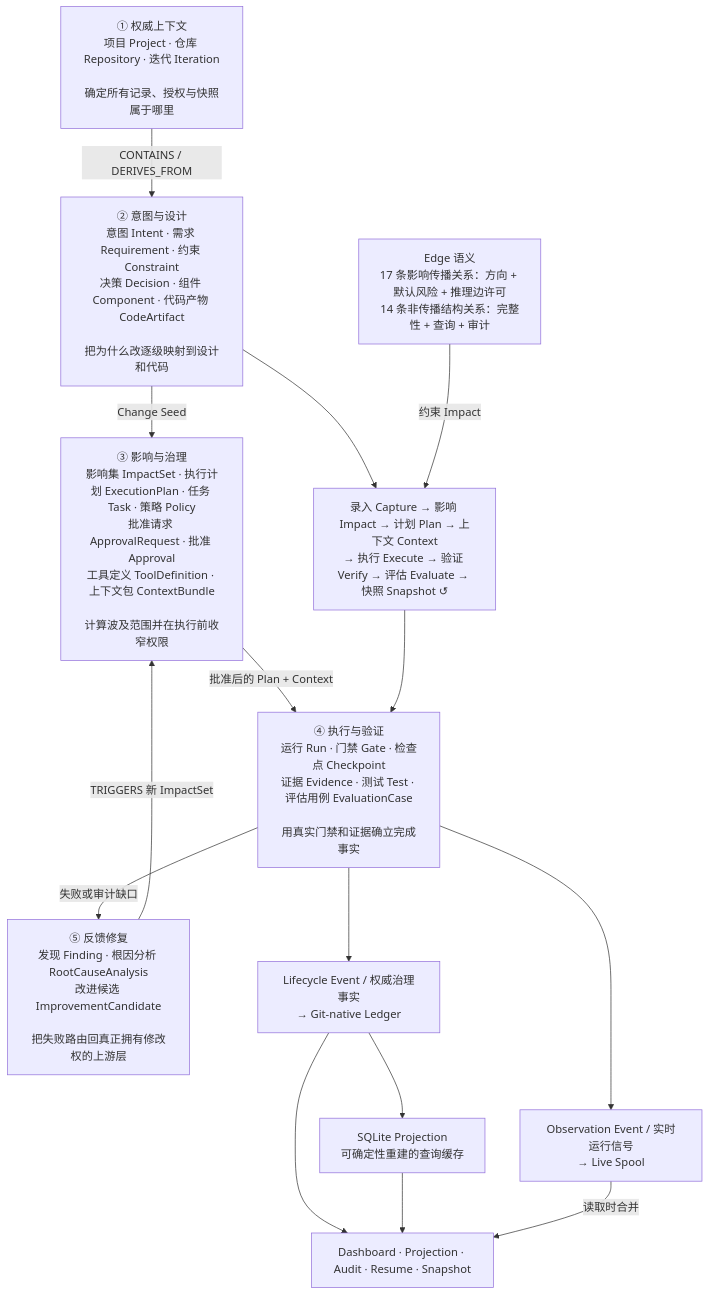
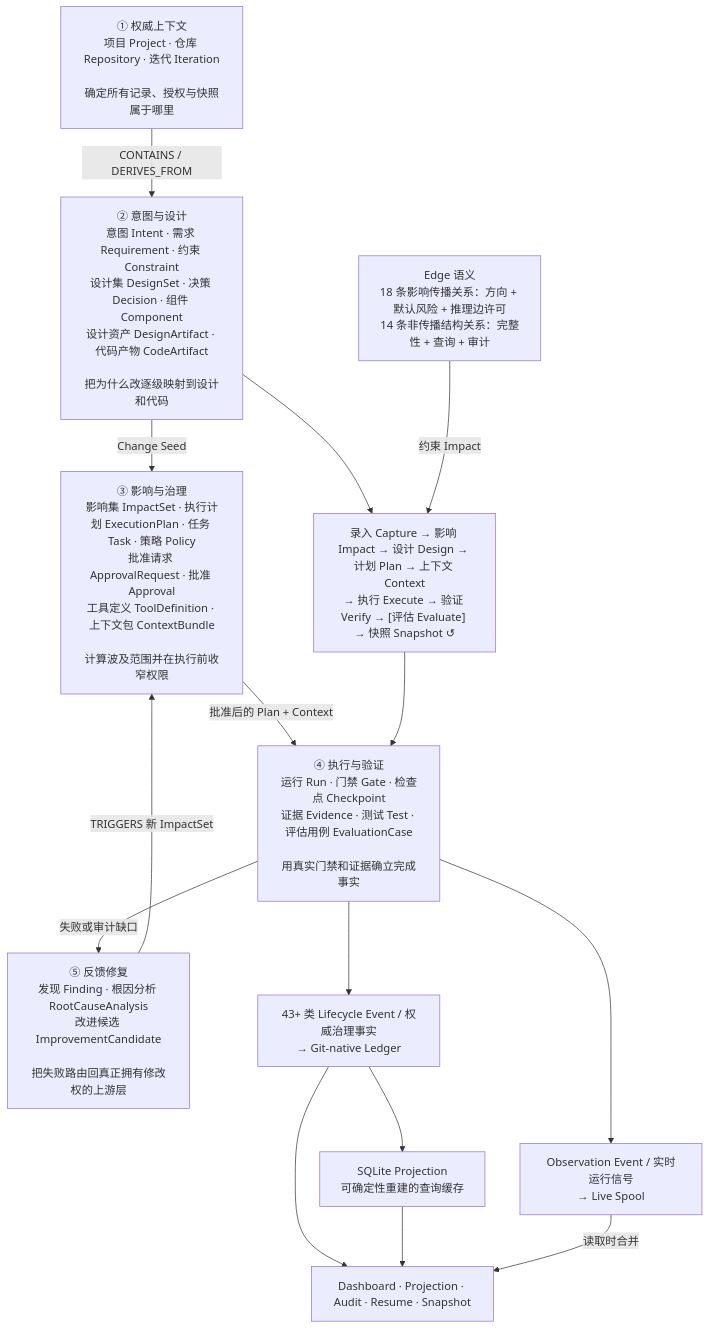
One commit to maochendong/universal-harness changed the first of 2 diagrams in README.md. Above: the diagram before and after it, drawn with Mermaid. The commit also changed other lines of this file and 3 other files, not shown here.

Commit message:
docs: align graph model with protocol 1.1

````diff
--- a/README.md
+++ b/README.md
@@ -51,31 +55,31 @@
 ```mermaid
 flowchart TB
   AUTH["① 权威上下文<br/>项目 Project · 仓库 Repository · 迭代 Iteration<br/><br/>确定所有记录、授权与快照属于哪里"]
-  DESIGN["② 意图与设计<br/>意图 Intent · 需求 Requirement · 约束 Constraint<br/>决策 Decision · 组件 Component · 代码产物 CodeArtifact<br/><br/>把为什么改逐级映射到设计和代码"]
+  DESIGN["② 意图与设计<br/>意图 Intent · 需求 Requirement · 约束 Constraint<br/>设计集 DesignSet · 决策 Decision · 组件 Component<br/>设计资产 DesignArtifact · 代码产物 CodeArtifact<br/><br/>把为什么改逐级映射到设计和代码"]
   GOVERN["③ 影响与治理<br/>影响集 ImpactSet · 执行计划 ExecutionPlan · 任务 Task · 策略 Policy<br/>批准请求 ApprovalRequest · 批准 Approval<br/>工具定义 ToolDefinition · 上下文包 ContextBundle<br/><br/>计算波及范围并在执行前收窄权限"]
   EXECUTE["④ 执行与验证<br/>运行 Run · 门禁 Gate · 检查点 Checkpoint<br/>证据 Evidence · 测试 Test · 评估用例 EvaluationCase<br/><br/>用真实门禁和证据确立完成事实"]
   FEEDBACK["⑤ 反馈修复<br/>发现 Finding · 根因分析 RootCauseAnalysis<br/>改进候选 ImprovementCandidate<br/><br/>把失败路由回真正拥有修改权的上游层"]
 
   AUTH -->|"CONTAINS / DERIVES_FROM"| DESIGN
   DESIGN -->|"Change Seed"| GOVERN
   GOVERN -->|"批准后的 Plan + Context"| EXECUTE
   EXECUTE -->|"失败或审计缺口"| FEEDBACK
   FEEDBACK -->|"TRIGGERS 新 ImpactSet"| GOVERN
 
-  PHASES["录入 Capture → 影响 Impact → 计划 Plan → 上下文 Context<br/>→ 执行 Execute → 验证 Verify → 评估 Evaluate → 快照 Snapshot ↺"]
-  EDGES["Edge 语义<br/>17 条影响传播关系：方向 + 默认风险 + 推理边许可<br/>14 条非传播结构关系：完整性 + 查询 + 审计"]
-  LIFECYCLE["Lifecycle Event / 权威治理事实<br/>→ Git-native Ledger"]
+  PHASES["录入 Capture → 影响 Impact → 设计 Design → 计划 Plan → 上下文 Context<br/>→ 执行 Execute → 验证 Verify → [评估 Evaluate] → 快照 Snapshot ↺"]
+  EDGES["Edge 语义<br/>18 条影响传播关系：方向 + 默认风险 + 推理边许可<br/>14 条非传播结构关系：完整性 + 查询 + 审计"]
+  LIFECYCLE["43+ 类 Lifecycle Event / 权威治理事实<br/>→ Git-native Ledger"]
   OBSERVATION["Observation Event / 实时运行信号<br/>→ Live Spool"]
   SQLITE["SQLite Projection<br/>可确定性重建的查询缓存"]
   READERS["Dashboard · Projection · Audit · Resume · Snapshot"]
 
   DESIGN --> PHASES
   EDGES -->|"约束 Impact"| PHASES
   PHASES --> EXECUTE
   EXECUTE --> LIFECYCLE
   EXECUTE --> OBSERVATION
   LIFECYCLE --> READERS
   LIFECYCLE --> SQLITE
   SQLITE --> READERS
   OBSERVATION -->|"读取时合并"| READERS
 ```
````
